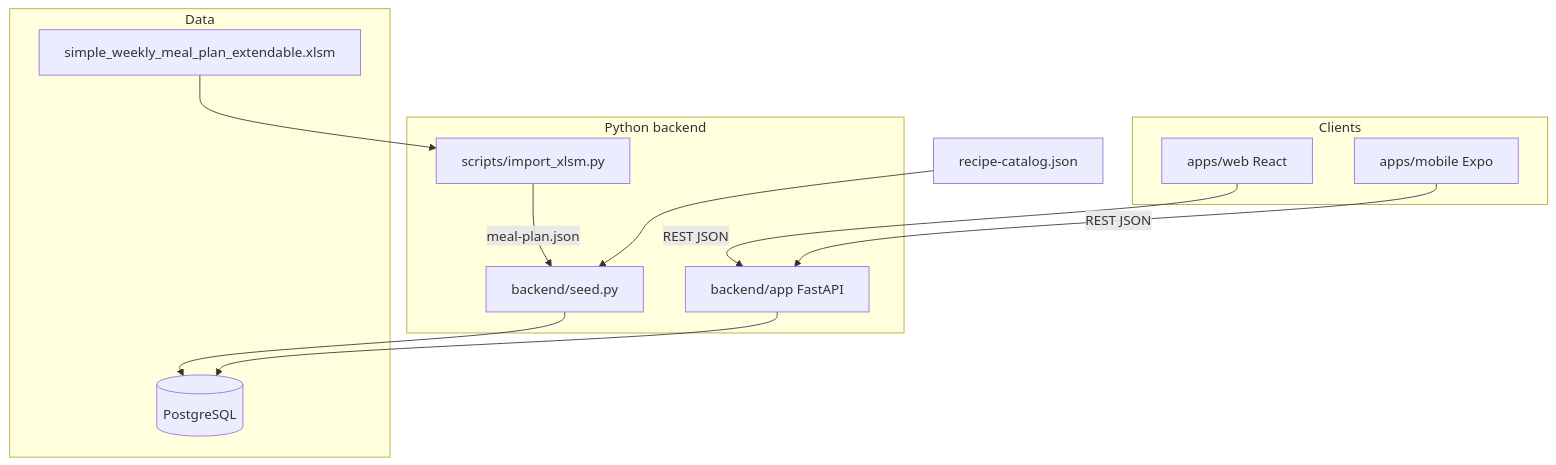
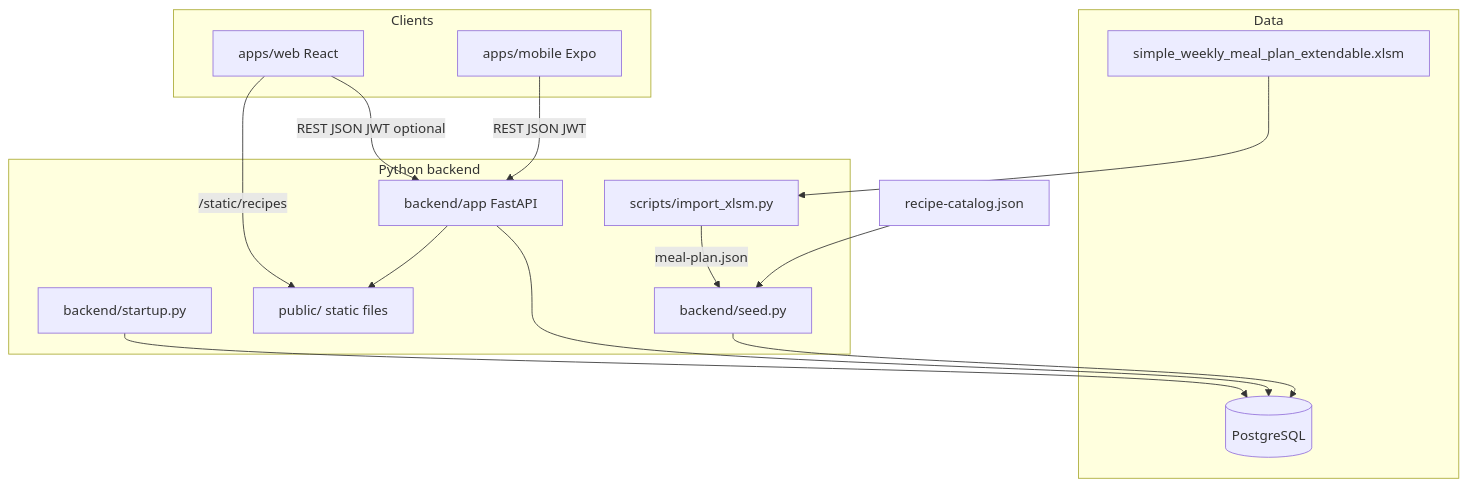
One commit to yayatitech/DailyDiet changed the first of 3 diagrams in docs/ARCHITECTURE.md. Above: the diagram before and after it, drawn with Mermaid. The commit also changed other lines of this file and 21 other files, not shown here.

````diff
--- a/docs/ARCHITECTURE.md
+++ b/docs/ARCHITECTURE.md
@@ -9,25 +9,30 @@
 ```mermaid
 flowchart TB
   subgraph clients [Clients]
     web["apps/web React"]
     mobile["apps/mobile Expo"]
   end
 
   subgraph backend [Python backend]
     api["backend/app FastAPI"]
+    startup["backend/startup.py"]
     seed["backend/seed.py"]
     import_py["scripts/import_xlsm.py"]
+    static["public/ static files"]
   end
 
   subgraph data [Data]
     pg[("PostgreSQL")]
     xlsm["simple_weekly_meal_plan_extendable.xlsm"]
   end
 
-  web -->|REST JSON| api
-  mobile -->|REST JSON| api
+  web -->|REST JSON JWT optional| api
+  mobile -->|REST JSON JWT| api
   xlsm --> import_py -->|meal-plan.json| seed
   catalog_json["recipe-catalog.json"] --> seed
   seed --> pg
+  startup --> pg
   api --> pg
+  api --> static
+  web -->|"/static/recipes"| static
 ```
````
